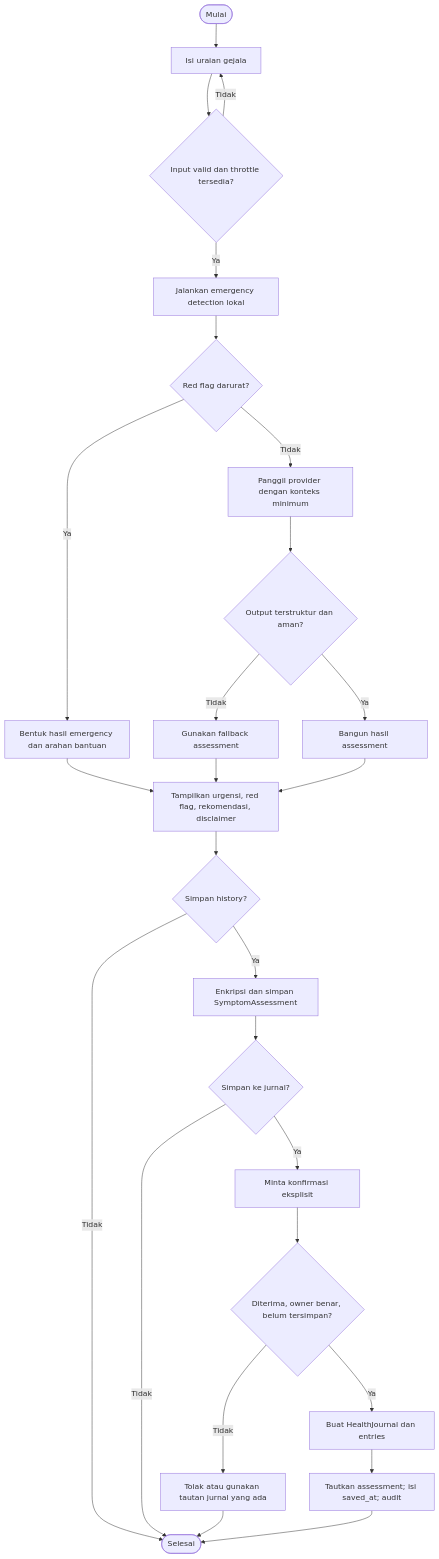
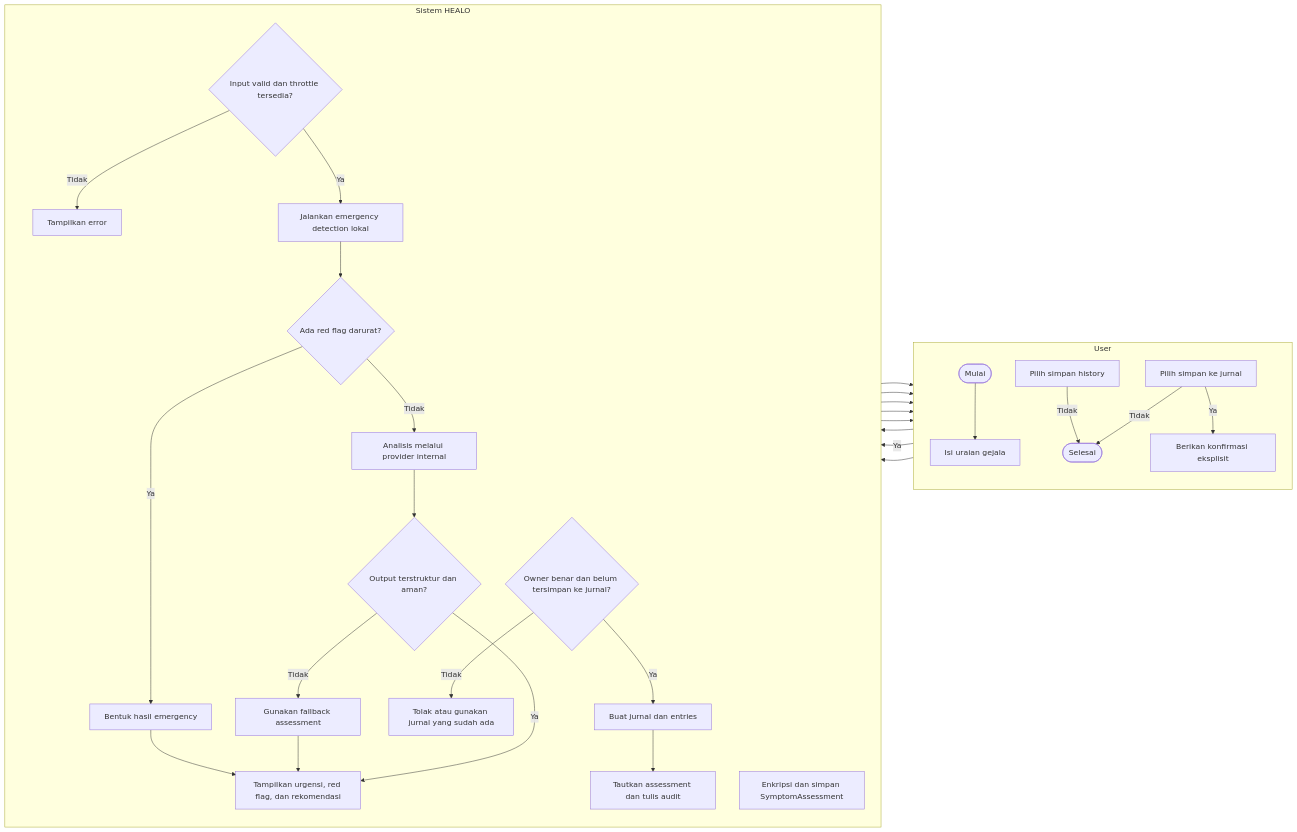
The seventh of 11 diagrams in docs/system-analysis/03-activity-diagrams.md (Daffa-Qiao/Healo), drawn with Mermaid before and after one commit. The commit also changed other lines of this file and 4 other files, not shown here.

Commit message:
renew diagram

````diff
--- a/docs/system-analysis/03-activity-diagrams.md
+++ b/docs/system-analysis/03-activity-diagrams.md
@@ -205,28 +285,45 @@
 ```mermaid
-flowchart TD
-    A([Mulai]) --> B[Isi uraian gejala]
-    B --> C{Input valid dan throttle tersedia?}
-    C -- Tidak --> B
-    C -- Ya --> D[Jalankan emergency detection lokal]
-    D --> E{Red flag darurat?}
-    E -- Ya --> F[Bentuk hasil emergency dan arahan bantuan]
-    E -- Tidak --> G[Panggil provider dengan konteks minimum]
-    G --> H{Output terstruktur dan aman?}
-    H -- Tidak --> I[Gunakan fallback assessment]
-    H -- Ya --> J[Bangun hasil assessment]
-    F --> K[Tampilkan urgensi, red flag, rekomendasi, disclaimer]
-    I --> K
-    J --> K
-    K --> L{Simpan history?}
-    L -- Tidak --> M([Selesai])
-    L -- Ya --> N[Enkripsi dan simpan SymptomAssessment]
-    N --> O{Simpan ke jurnal?}
-    O -- Tidak --> M
-    O -- Ya --> P[Minta konfirmasi eksplisit]
-    P --> Q{Diterima, owner benar, belum tersimpan?}
-    Q -- Tidak --> R[Tolak atau gunakan tautan jurnal yang ada]
-    Q -- Ya --> S[Buat HealthJournal dan entries]
-    S --> T[Tautkan assessment; isi saved_at; audit]
-    R --> M
-    T --> M
+flowchart LR
+    subgraph U["User"]
+        direction TB
+        U1([Mulai])
+        U2[Isi uraian gejala]
+        U3[Pilih simpan history]
+        U4[Pilih simpan ke jurnal]
+        U5[Berikan konfirmasi eksplisit]
+        U6([Selesai])
+    end
+
+    subgraph S["Sistem HEALO"]
+        direction TB
+        S1{Input valid dan throttle tersedia?}
+        S2[Jalankan emergency detection lokal]
+        S3{Ada red flag darurat?}
+        S4[Bentuk hasil emergency]
+        S5[Analisis melalui provider internal]
+        S6{Output terstruktur dan aman?}
+        S7[Gunakan fallback assessment]
+        S8[Tampilkan urgensi, red flag, dan rekomendasi]
+        S9[Enkripsi dan simpan SymptomAssessment]
+        S10{Owner benar dan belum tersimpan ke jurnal?}
+        S11[Buat jurnal dan entries]
+        S12[Tautkan assessment dan tulis audit]
+        S13[Tolak atau gunakan jurnal yang sudah ada]
+        S14[Tampilkan error]
+    end
+
+    U1 --> U2 --> S1
+    S1 -- Tidak --> S14 --> U2
+    S1 -- Ya --> S2 --> S3
+    S3 -- Ya --> S4 --> S8
+    S3 -- Tidak --> S5 --> S6
+    S6 -- Tidak --> S7 --> S8
+    S6 -- Ya --> S8
+    S8 --> U3
+    U3 -- Tidak --> U6
+    U3 -- Ya --> S9 --> U4
+    U4 -- Tidak --> U6
+    U4 -- Ya --> U5 --> S10
+    S10 -- Tidak --> S13 --> U6
+    S10 -- Ya --> S11 --> S12 --> U6
 ```
````
